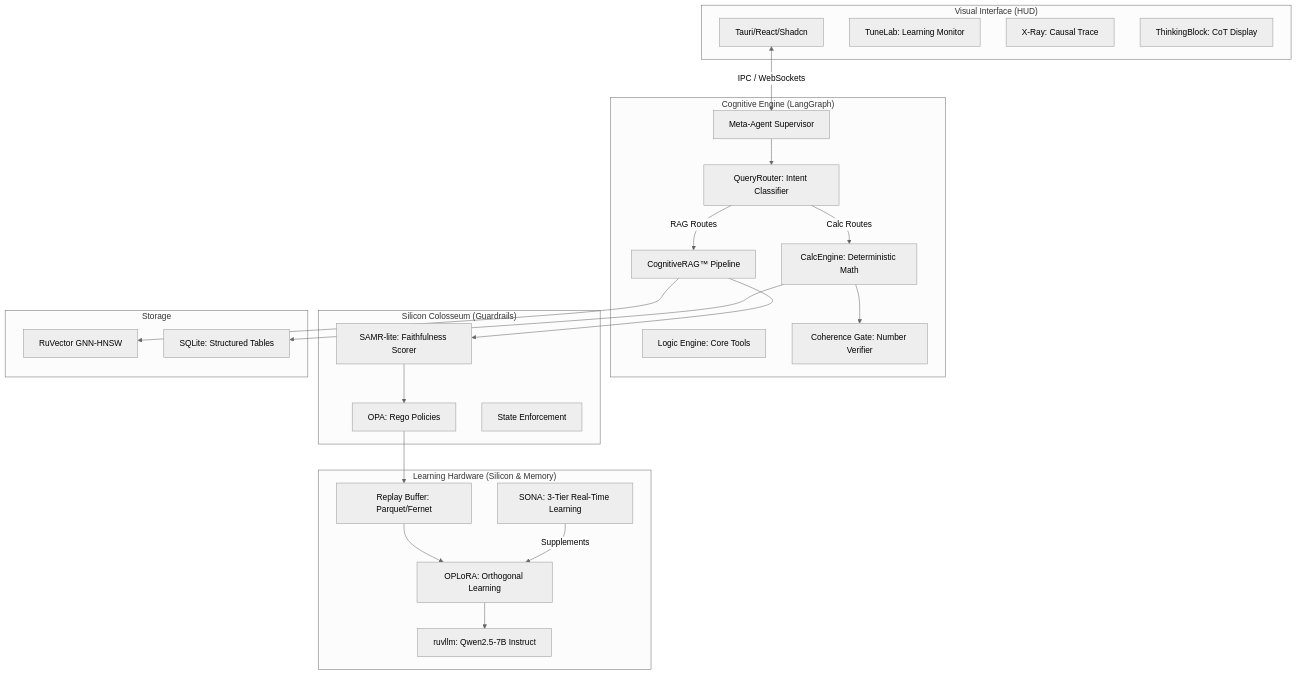
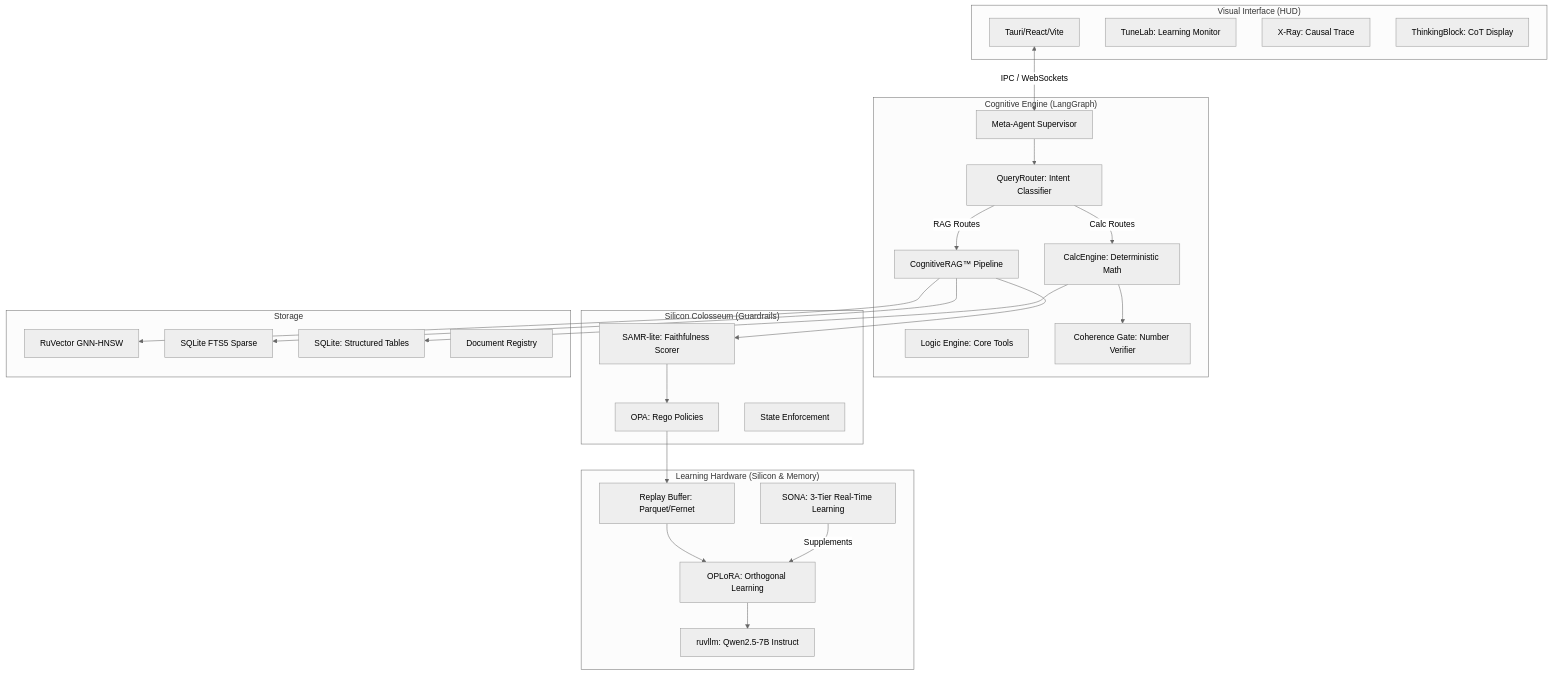
Before and after one commit to NeoOne601/AtherForge: the diagram in README.md, drawn with Mermaid (neutral theme). The commit also changed other lines of this file and 38 other files, not shown here.

````diff
--- a/README.md
+++ b/README.md
@@ -27,56 +54,59 @@
 ```mermaid
 graph TD
     %% Frontend Layer
     subgraph "Visual Interface (HUD)"
-        UI[Tauri/React/Shadcn]
+        UI[Tauri/React/Vite]
         TuneLab[TuneLab: Learning Monitor]
         TraceHUD[X-Ray: Causal Trace]
         ThinkingUI[ThinkingBlock: CoT Display]
     end
 
     %% Orchestration Layer
     subgraph "Cognitive Engine (LangGraph)"
         Supervisor[Meta-Agent Supervisor]
         Router[QueryRouter: Intent Classifier]
         CalcEng[CalcEngine: Deterministic Math]
         RagForge[CognitiveRAG™ Pipeline]
         Logic[Logic Engine: Core Tools]
         CoherenceGate[Coherence Gate: Number Verifier]
     end
 
     %% Inference & Learning Layer
     subgraph "Learning Hardware (Silicon & Memory)"
         ruvllm[ruvllm: Qwen2.5-7B Instruct]
         OpLoRA[OPLoRA: Orthogonal Learning]
         SONA[SONA: 3-Tier Real-Time Learning]
         RB[Replay Buffer: Parquet/Fernet]
     end
 
     %% Trust & Governance Layer
     subgraph "Silicon Colosseum (Guardrails)"
         OPA[OPA: Rego Policies]
         FSM[State Enforcement]
         SAMR[SAMR-lite: Faithfulness Scorer]
     end
 
     %% Storage Layer
     subgraph "Storage"
         RuVector[RuVector GNN-HNSW]
+        FTS5[SQLite FTS5 Sparse]
         SQLite[SQLite: Structured Tables]
+        DocReg[Document Registry]
     end
 
     %% Communication
     UI <-->|IPC / WebSockets| Supervisor
     Supervisor --> Router
     Router -->|Calc Routes| CalcEng
     Router -->|RAG Routes| RagForge
     CalcEng --> SQLite
     CalcEng --> CoherenceGate
     RagForge --> RuVector
+    RagForge --> FTS5
     RagForge --> SAMR
     SAMR --> OPA
     OPA --> RB
     RB --> OpLoRA
     SONA -->|Supplements| OpLoRA
     OpLoRA --> ruvllm
 ```
````
